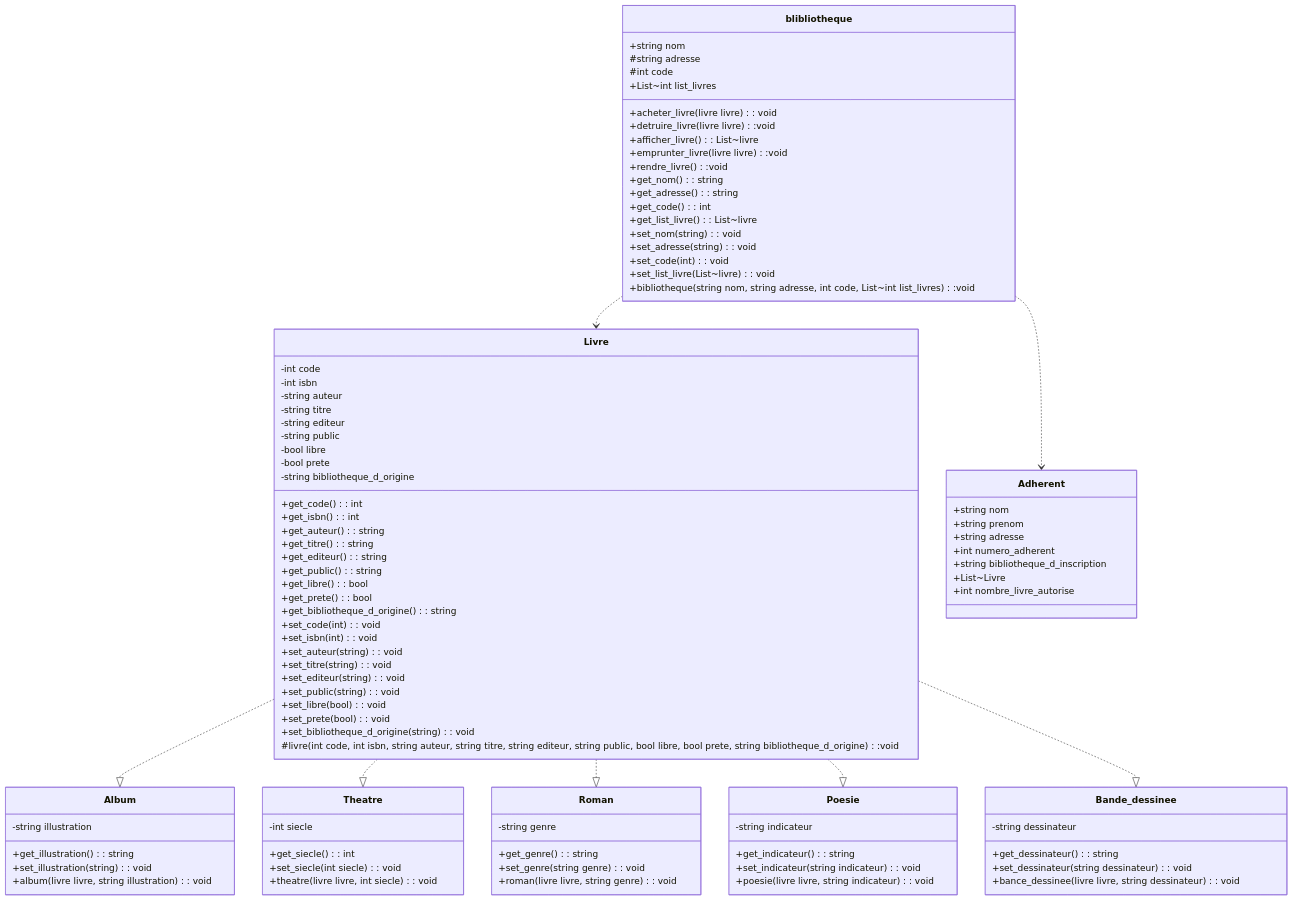
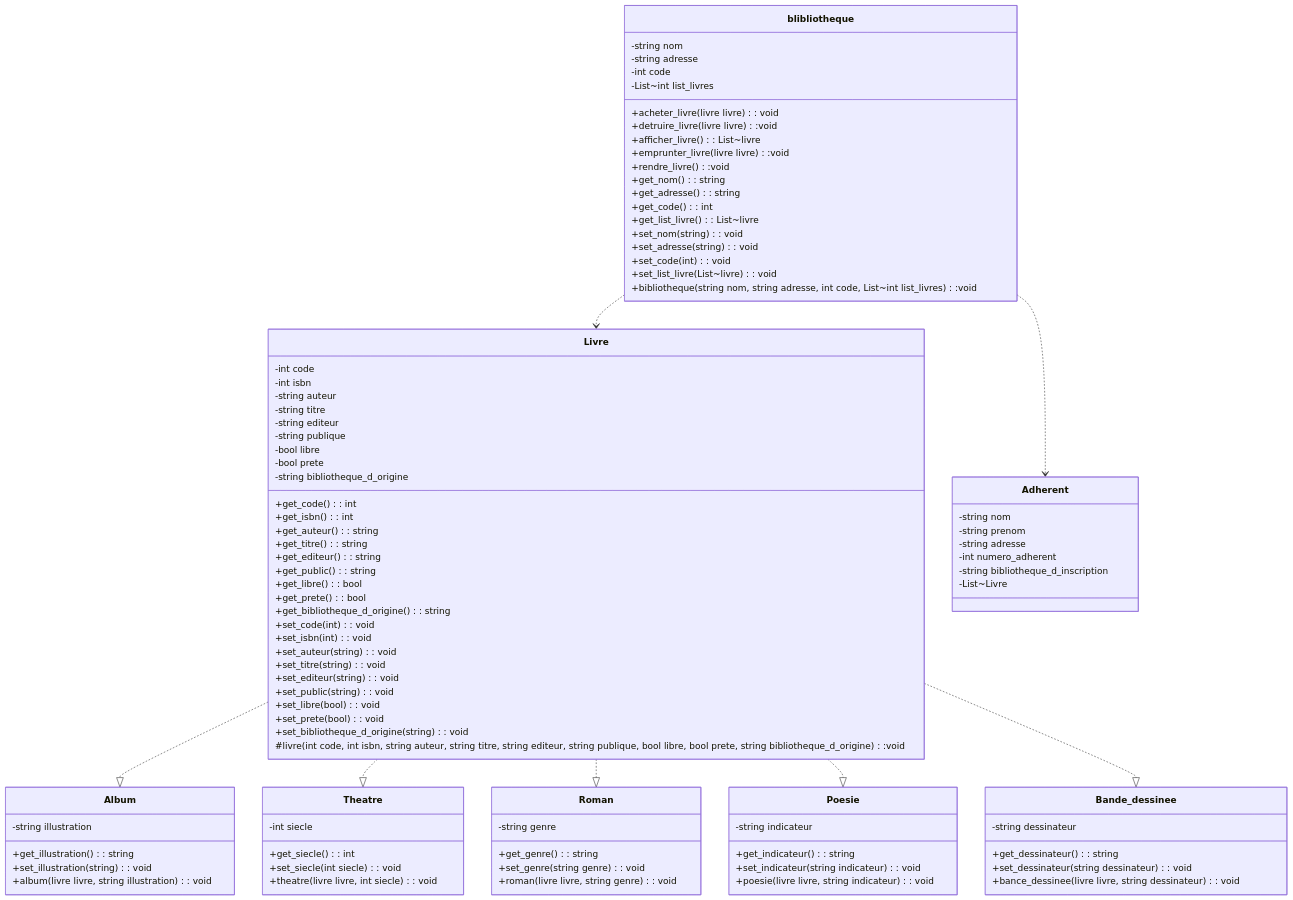
Before and after one commit to Esteban-ve/projet-gestion-de-bibliotheques: the diagram in mermaid.md, drawn with Mermaid. The commit also changed 4 other files, not shown here.

```diff
--- a/mermaid.md
+++ b/mermaid.md
@@ -10,10 +10,10 @@
     Livre ..|> Bande_dessinee
 
     class blibliotheque{
-    +string nom
-    #string adresse
-    #int code
-    +List~int list_livres
+    -string nom
+    -string adresse
+    -int code
+    -List~int list_livres
 
     +acheter_livre(livre livre): void
     +detruire_livre(livre livre):void
@@ -35,13 +35,12 @@
     }
 
     class Adherent{
-      +string nom
-      +string prenom
-      +string adresse
-      +int numero_adherent
-      +string bibliotheque_d_inscription
-      +List~Livre 
-      +int nombre_livre_autorise
+      -string nom
+      -string prenom
+      -string adresse
+      -int numero_adherent
+      -string bibliotheque_d_inscription
+      -List~Livre 
     }
 
     class Livre{
@@ -50,7 +49,7 @@
       -string auteur
       -string titre
       -string editeur
-      -string public
+      -string publique
       -bool libre
       -bool prete
       -string bibliotheque_d_origine
@@ -75,7 +74,7 @@
       +set_prete(bool): void
       +set_bibliotheque_d_origine(string): void
 
-      #livre(int code, int isbn, string auteur, string titre, string editeur, string public, bool libre, bool prete, string bibliotheque_d_origine):void
+      #livre(int code, int isbn, string auteur, string titre, string editeur, string publique, bool libre, bool prete, string bibliotheque_d_origine):void
     }
 
     class Album{
```
